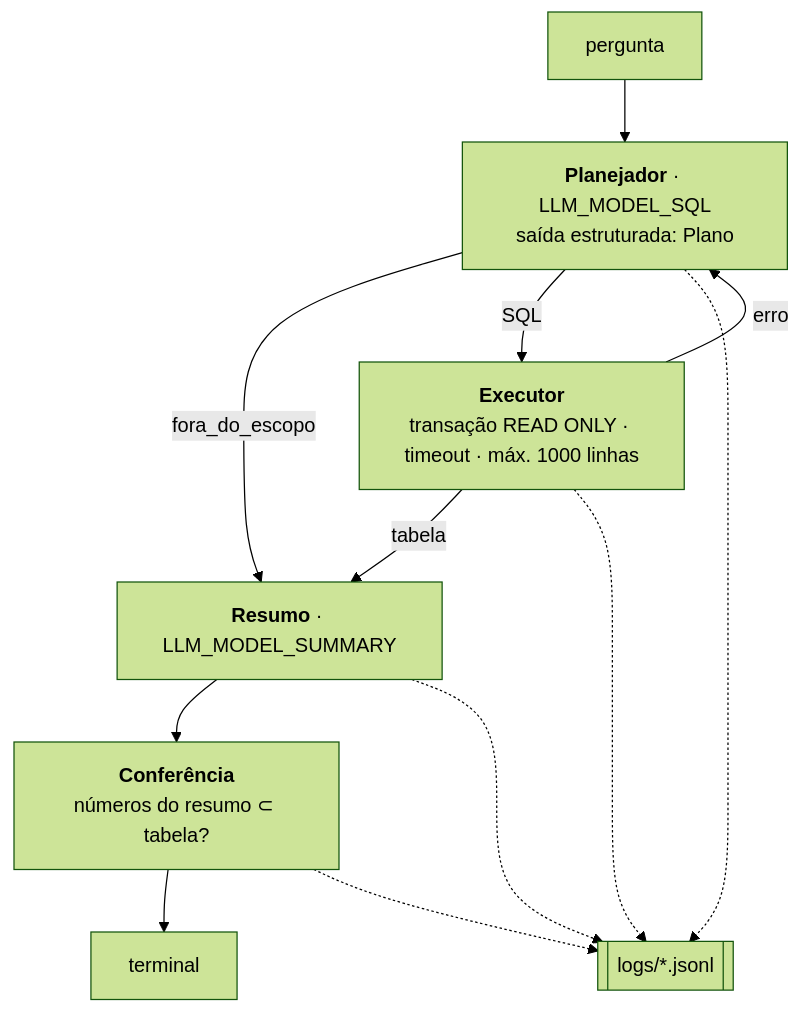
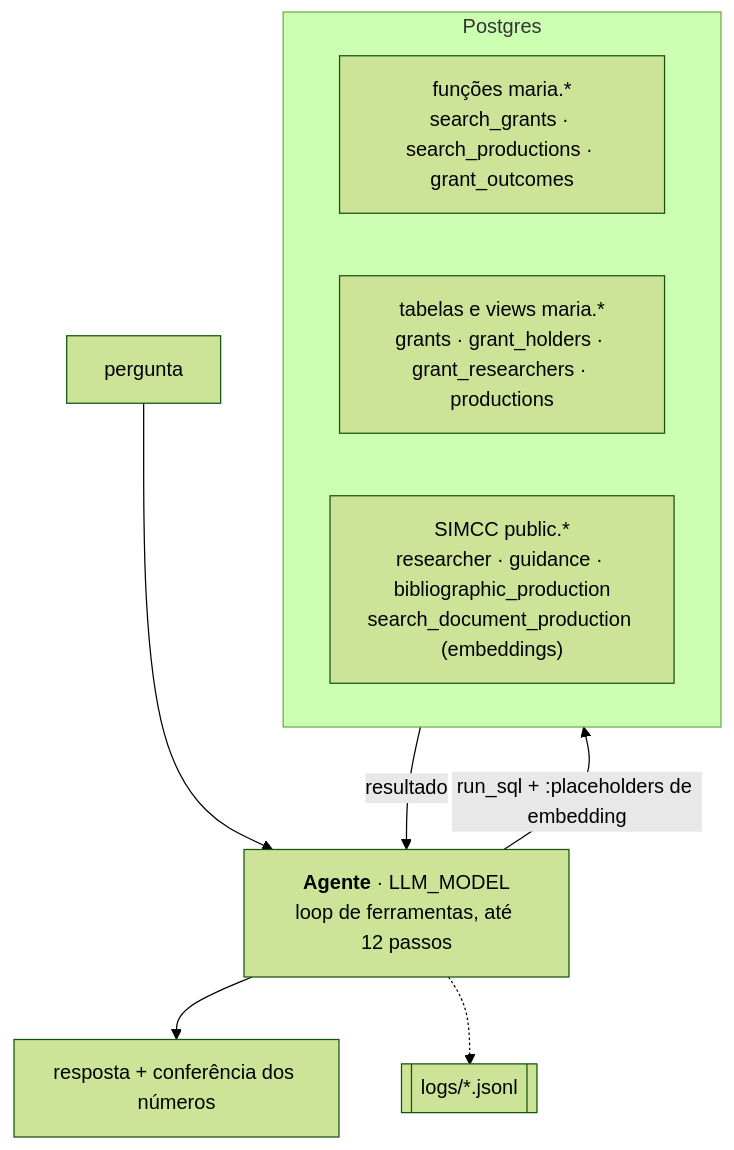
The first of 2 diagrams in docs/chatbot/arquitetura.md (meirelesgc/simcc-maria), drawn with Mermaid (forest theme) before and after one commit. The commit also changed other lines of this file and 27 other files, not shown here.

````diff
--- a/docs/chatbot/arquitetura.md
+++ b/docs/chatbot/arquitetura.md
@@ -28,11 +22,14 @@
 ```mermaid
 flowchart TD
-    Q[pergunta] --> P["<b>Planejador</b> · LLM_MODEL_SQL<br/>saída estruturada: Plano"]
-    P -->|fora_do_escopo| S
-    P -->|SQL| X["<b>Executor</b><br/>transação READ ONLY · timeout · máx. 1000 linhas"]
-    X -->|erro| P
-    X -->|tabela| S["<b>Resumo</b> · LLM_MODEL_SUMMARY"]
-    S --> V["<b>Conferência</b><br/>números do resumo ⊂ tabela?"]
-    V --> T[terminal]
-    P & X & S & V -.-> L[[logs/*.jsonl]]
+    Q[pergunta] --> A["<b>Agente</b> · LLM_MODEL<br/>loop de ferramentas, até 12 passos"]
+    A -->|run_sql + :placeholders de embedding| DB
+    subgraph DB [Postgres]
+      direction LR
+      F["funções maria.*<br/>search_grants · search_productions · grant_outcomes"]
+      T["tabelas e views maria.*<br/>grants · grant_holders · grant_researchers · productions"]
+      S["SIMCC public.*<br/>researcher · guidance · bibliographic_production<br/>search_document_production (embeddings)"]
+    end
+    DB -->|resultado| A
+    A --> R["resposta + conferência dos números"]
+    A -.-> L[[logs/*.jsonl]]
 ```
````
